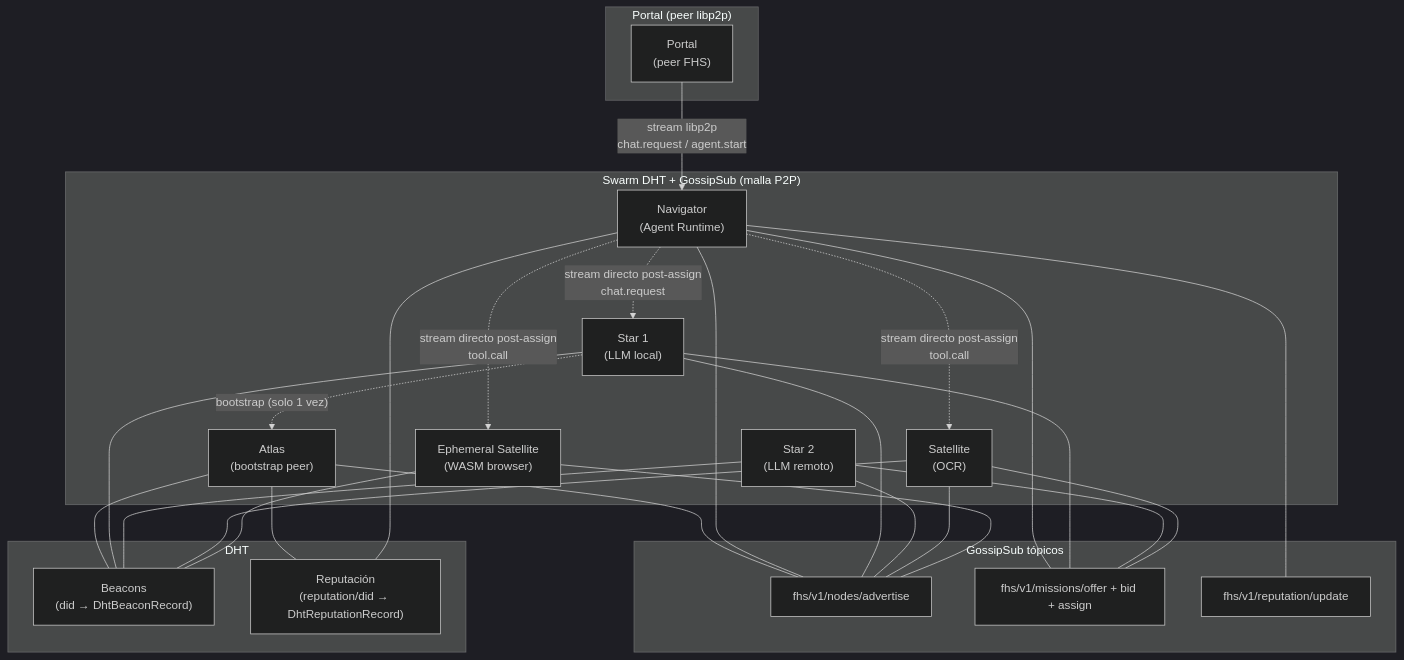
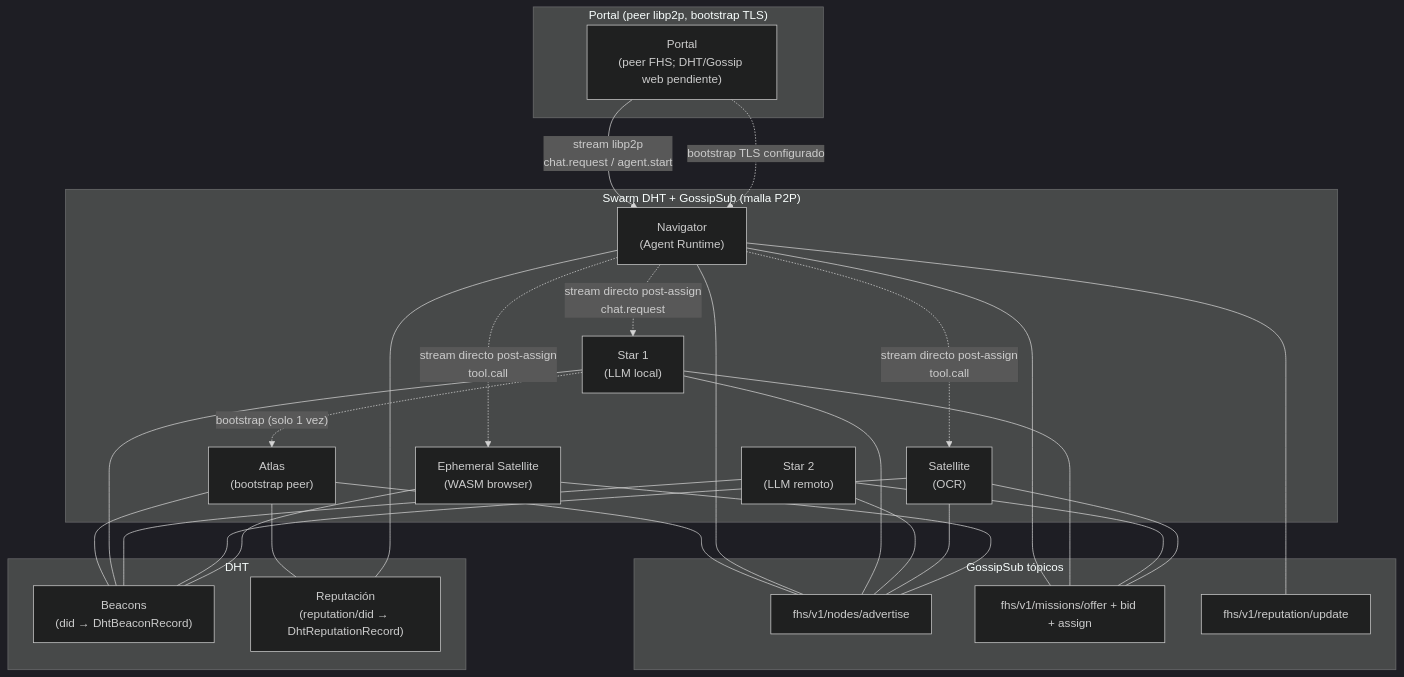
The first of 2 diagrams in docs/architecture.md (rafex/galaxIA), drawn with Mermaid (dark theme) before and after one commit. The commit also changed other lines of this file and 1 other file, not shown here.

Commit message:
docs: align portal discovery architecture

````diff
--- a/docs/architecture.md
+++ b/docs/architecture.md
@@ -20,59 +20,60 @@
 ```mermaid
 graph TB
     subgraph "Swarm DHT + GossipSub (malla P2P)"
         AT["Atlas\n(bootstrap peer)"]
         NAV["Navigator\n(Agent Runtime)"]
         STAR1["Star 1\n(LLM local)"]
         STAR2["Star 2\n(LLM remoto)"]
         SAT["Satellite\n(OCR)"]
         EPH["Ephemeral Satellite\n(WASM browser)"]
     end
 
-    subgraph "Portal (peer libp2p)"
-        PORT["Portal\n(peer FHS)"]
+    subgraph "Portal (peer libp2p, bootstrap TLS)"
+        PORT["Portal\n(peer FHS; DHT/Gossip web pendiente)"]
     end
 
     subgraph "GossipSub tópicos"
         G1["fhs/v1/nodes/advertise"]
         G2["fhs/v1/missions/offer + bid + assign"]
         G3["fhs/v1/reputation/update"]
     end
 
     subgraph "DHT"
         D1["Beacons\n(did → DhtBeaconRecord)"]
         D2["Reputación\n(reputation/did → DhtReputationRecord)"]
     end
 
     %% GossipSub broadcast
     AT --- G1
     NAV --- G1
     STAR1 --- G1
     STAR2 --- G1
     SAT --- G1
     EPH --- G1
 
     NAV --- G2
     STAR1 --- G2
     STAR2 --- G2
     SAT --- G2
 
     NAV --- G3
 
     %% DHT
     AT --- D1
     STAR1 --- D1
     STAR2 --- D1
     SAT --- D1
     EPH --- D1
     AT --- D2
     NAV --- D2
 
     %% Stream directo (solo durante misiones activas)
     PORT -->|"stream libp2p\nchat.request / agent.start"| NAV
     NAV -.->|"stream directo post-assign\nchat.request"| STAR1
     NAV -.->|"stream directo post-assign\ntool.call"| SAT
     NAV -.->|"stream directo post-assign\ntool.call"| EPH
 
     %% Bootstrap (solo al unirse)
     STAR1 -.->|"bootstrap (solo 1 vez)"| AT
+    PORT -.->|"bootstrap TLS configurado"| NAV
 ```
````
